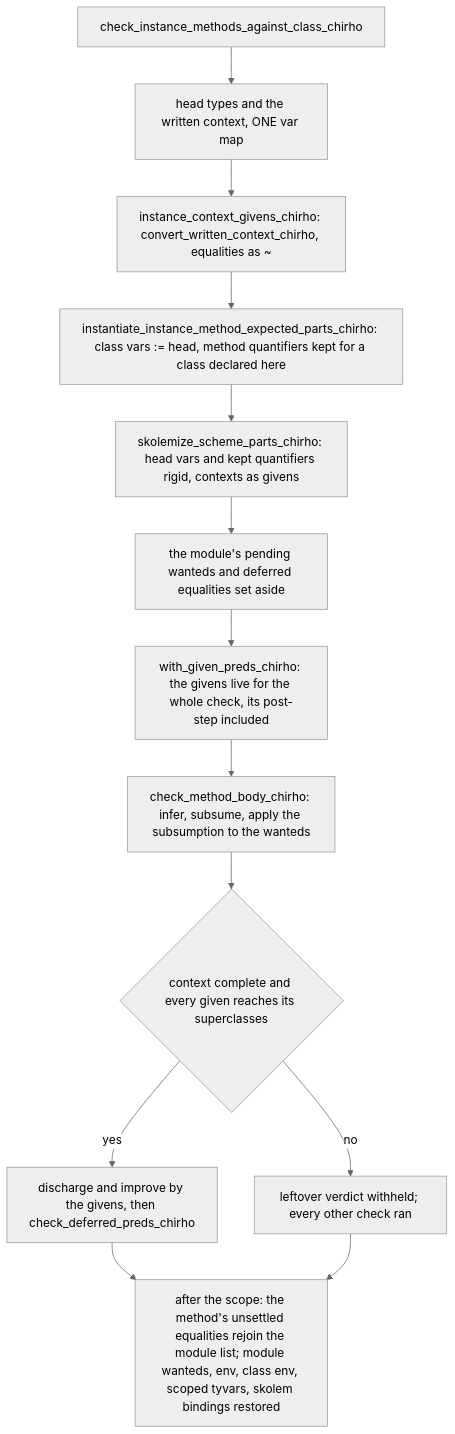
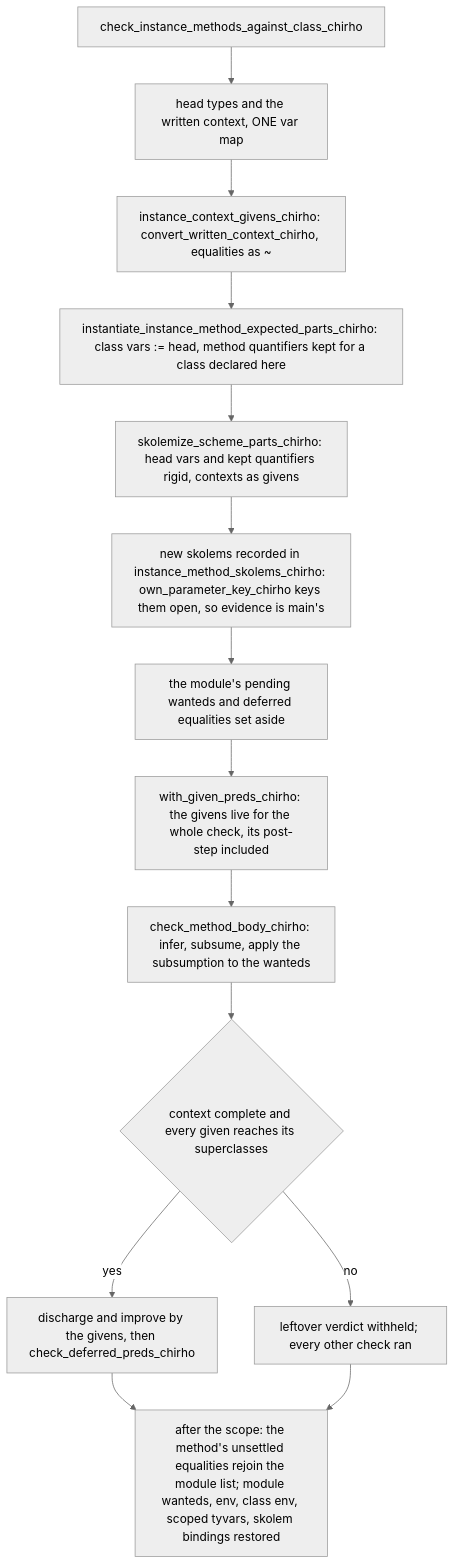
The second of 2 diagrams in spec-chirho/workflows-chirho/language-features-chirho/instance-obligations-chirho.md (loveJesus/haskelujah-chirho), drawn with Mermaid (neutral theme) before and after one commit. The commit also changed other lines of this file and 3 other files, not shown here.

First line of the commit message:
fix(typing): an instance method's skolems leave dictionary evidence as main's

````diff
--- a/spec-chirho/workflows-chirho/language-features-chirho/instance-obligations-chirho.md
+++ b/spec-chirho/workflows-chirho/language-features-chirho/instance-obligations-chirho.md
@@ -24,15 +24,16 @@
 ```mermaid
 flowchart TD
     inst_chirho[check_instance_methods_against_class_chirho] --> head_chirho[head types and the written context, ONE var map]
     head_chirho --> ctx_chirho[instance_context_givens_chirho: convert_written_context_chirho, equalities as ~]
     ctx_chirho --> parts_chirho[instantiate_instance_method_expected_parts_chirho: class vars := head, method quantifiers kept for a class declared here]
     parts_chirho --> skolem_chirho[skolemize_scheme_parts_chirho: head vars and kept quantifiers rigid, contexts as givens]
-    skolem_chirho --> aside_chirho[the module's pending wanteds and deferred equalities set aside]
+    skolem_chirho --> open_chirho[new skolems recorded in instance_method_skolems_chirho: own_parameter_key_chirho keys them open, so evidence is main's]
+    open_chirho --> aside_chirho[the module's pending wanteds and deferred equalities set aside]
     aside_chirho --> live_chirho[with_given_preds_chirho: the givens live for the whole check, its post-step included]
     live_chirho --> body_chirho[check_method_body_chirho: infer, subsume, apply the subsumption to the wanteds]
     body_chirho --> judged_chirho{context complete and every given reaches its superclasses}
     judged_chirho -- yes --> judge_chirho[discharge and improve by the givens, then check_deferred_preds_chirho]
     judged_chirho -- no --> withheld_chirho[leftover verdict withheld; every other check ran]
     judge_chirho --> restore_chirho[after the scope: the method's unsettled equalities rejoin the module list; module wanteds, env, class env, scoped tyvars, skolem bindings restored]
     withheld_chirho --> restore_chirho
 ```
````
